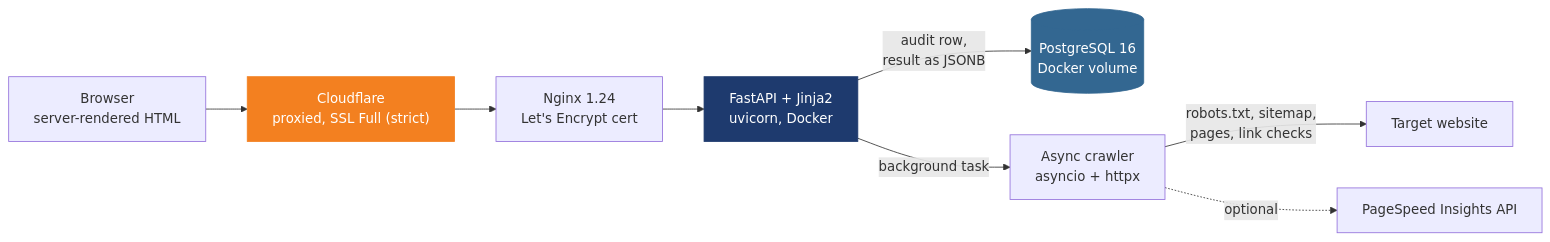
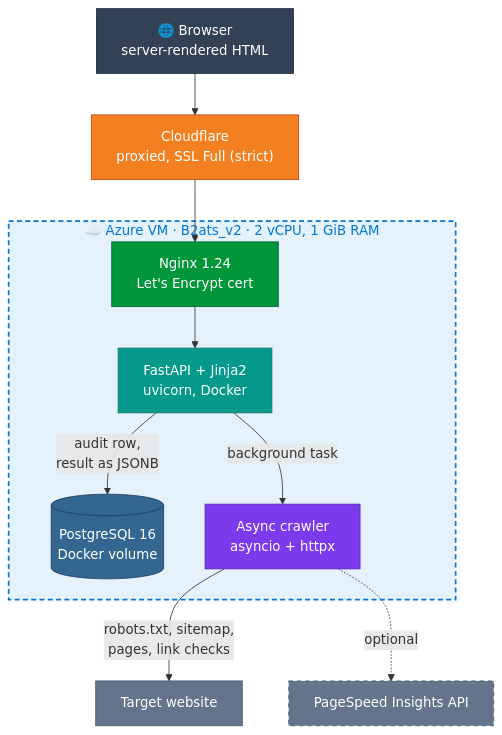
Before and after one commit to vikramyadav1404/sitescope: the diagram in README.md, drawn with Mermaid.

Commit message:
Update README architecture diagram: top-down layout, Azure VM box, brand colours

````diff
--- a/README.md
+++ b/README.md
@@ -9,14 +9,34 @@
 ```mermaid
-flowchart LR
-    B["Browser<br/>server-rendered HTML"] --> CF["Cloudflare<br/>proxied, SSL Full (strict)"]
-    CF --> NG["Nginx 1.24<br/>Let's Encrypt cert"]
-    NG --> API["FastAPI + Jinja2<br/>uvicorn, Docker"]
-    API -- "audit row,<br/>result as JSONB" --> DB[("PostgreSQL 16<br/>Docker volume")]
-    API -- "background task" --> CR["Async crawler<br/>asyncio + httpx"]
+flowchart TB
+    B["🌐 Browser<br/>server-rendered HTML"] --> CF["Cloudflare<br/>proxied, SSL Full (strict)"]
+
+    subgraph VM["☁️ Azure VM · B2ats_v2 · 2 vCPU, 1 GiB RAM"]
+        NG["Nginx 1.24<br/>Let's Encrypt cert"] --> API["FastAPI + Jinja2<br/>uvicorn, Docker"]
+        API -- "audit row,<br/>result as JSONB" --> DB[("PostgreSQL 16<br/>Docker volume")]
+        API -- "background task" --> CR["Async crawler<br/>asyncio + httpx"]
+    end
+
+    CF --> NG
     CR -- "robots.txt, sitemap,<br/>pages, link checks" --> T["Target website"]
     CR -. "optional" .-> PSI["PageSpeed Insights API"]
 
-    style CF fill:#f38020,stroke:#f38020,color:#ffffff
-    style API fill:#1e3a6e,stroke:#1e3a6e,color:#ffffff
-    style DB fill:#336791,stroke:#336791,color:#ffffff
+    classDef client fill:#334155,stroke:#1e293b,color:#ffffff
+    classDef edge fill:#f38020,stroke:#c2410c,color:#ffffff
+    classDef proxy fill:#009639,stroke:#065f46,color:#ffffff
+    classDef app fill:#05998b,stroke:#0f766e,color:#ffffff
+    classDef data fill:#336791,stroke:#1e3a5f,color:#ffffff
+    classDef worker fill:#7c3aed,stroke:#5b21b6,color:#ffffff
+    classDef ext fill:#64748b,stroke:#475569,color:#ffffff
+    classDef optional fill:#64748b,stroke:#475569,color:#ffffff,stroke-dasharray:5 5
+
+    class B client
+    class CF edge
+    class NG proxy
+    class API app
+    class DB data
+    class CR worker
+    class T ext
+    class PSI optional
+
+    style VM fill:#0078d41a,stroke:#0078d4,stroke-width:2px,stroke-dasharray:6 4,color:#0078d4
 ```
````
